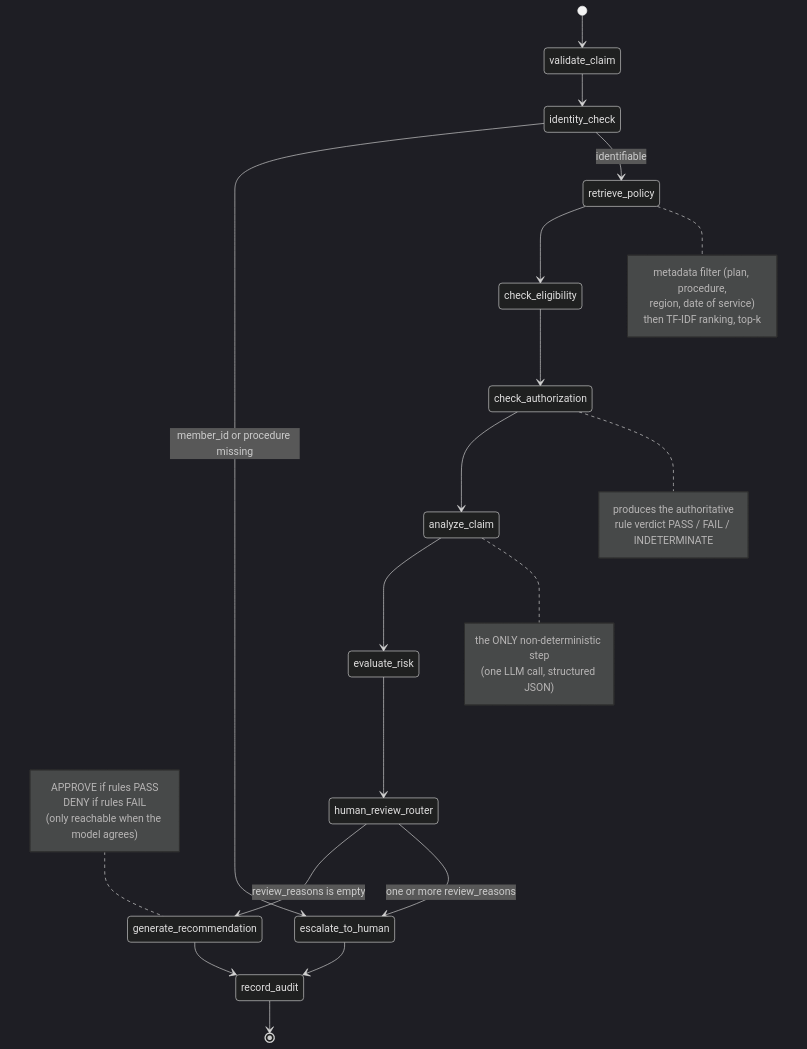
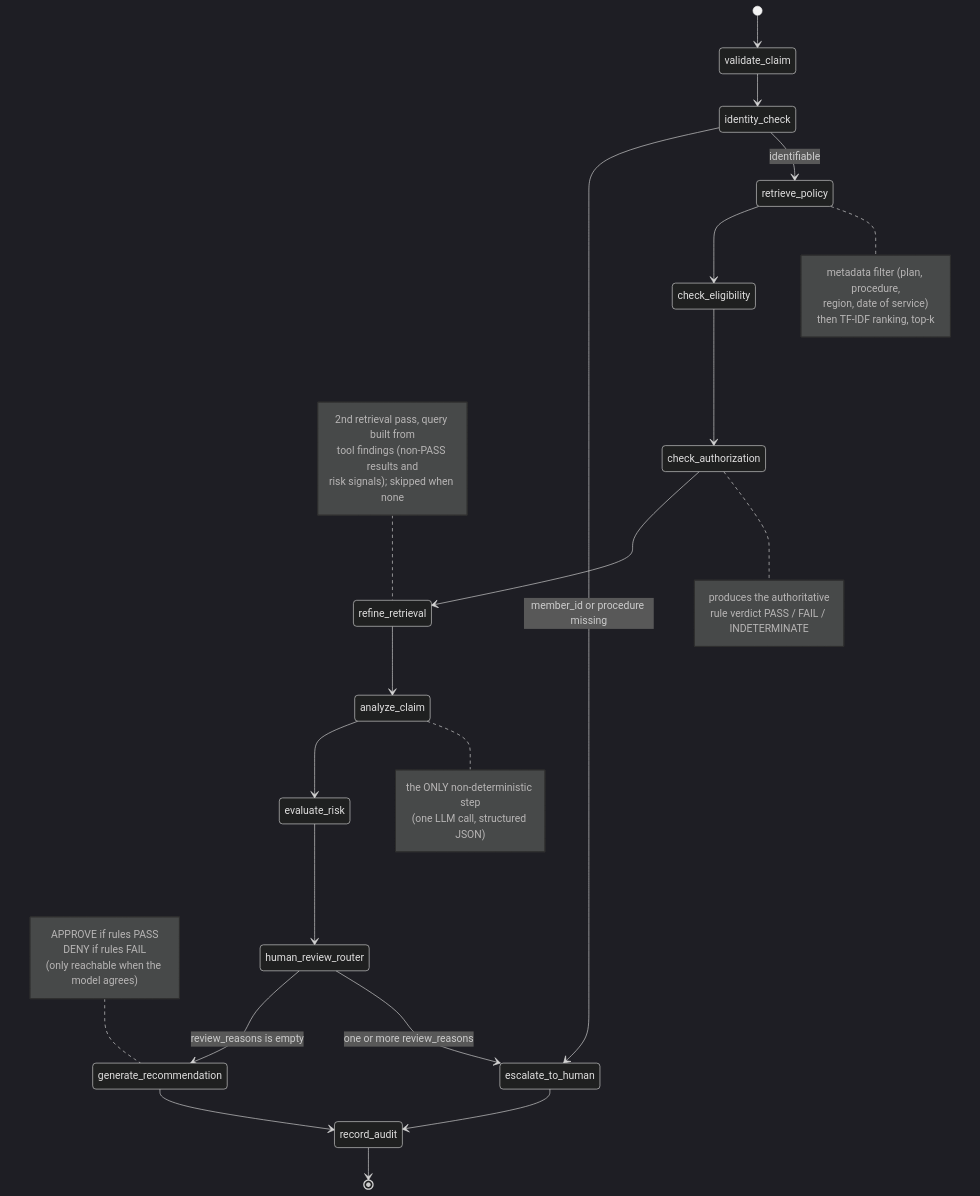
One commit to jefersonbraga/ClaimPilot changed the fifth of 17 diagrams in docs/ARCHITECTURE.md. Above: the diagram before and after it, drawn with Mermaid (dark theme). The commit also changed other lines of this file and 16 other files, not shown here.

````diff
--- a/docs/ARCHITECTURE.md
+++ b/docs/ARCHITECTURE.md
@@ -400,42 +411,48 @@
 ```mermaid
 stateDiagram-v2
     [*] --> validate_claim
 
     validate_claim --> identity_check
     state identity_check <<choice>>
     identity_check --> escalate_to_human : member_id or procedure missing
     identity_check --> retrieve_policy : identifiable
 
     retrieve_policy --> check_eligibility
     check_eligibility --> check_authorization
-    check_authorization --> analyze_claim
+    check_authorization --> refine_retrieval
+    refine_retrieval --> analyze_claim
     analyze_claim --> evaluate_risk
 
     evaluate_risk --> human_review_router
     state human_review_router <<choice>>
     human_review_router --> generate_recommendation : review_reasons is empty
     human_review_router --> escalate_to_human : one or more review_reasons
 
     generate_recommendation --> record_audit
     escalate_to_human --> record_audit
     record_audit --> [*]
 
     note right of retrieve_policy
         metadata filter (plan, procedure,
         region, date of service)
         then TF-IDF ranking, top-k
     end note
     note right of check_authorization
         produces the authoritative
         rule verdict PASS / FAIL / INDETERMINATE
     end note
+    note left of refine_retrieval
+        2nd retrieval pass, query built from
+        tool findings (non-PASS results and
+        risk signals); skipped when none
+    end note
     note right of analyze_claim
         the ONLY non-deterministic step
         (one LLM call, structured JSON)
     end note
     note left of generate_recommendation
         APPROVE if rules PASS
         DENY if rules FAIL
         (only reachable when the model agrees)
     end note
 ```
````
